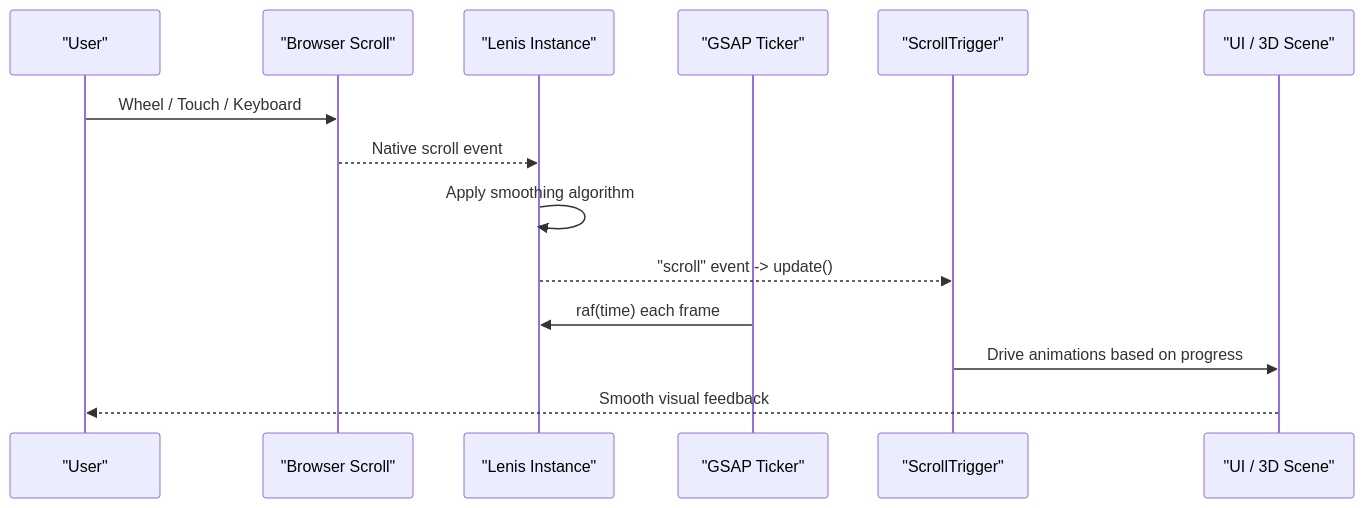
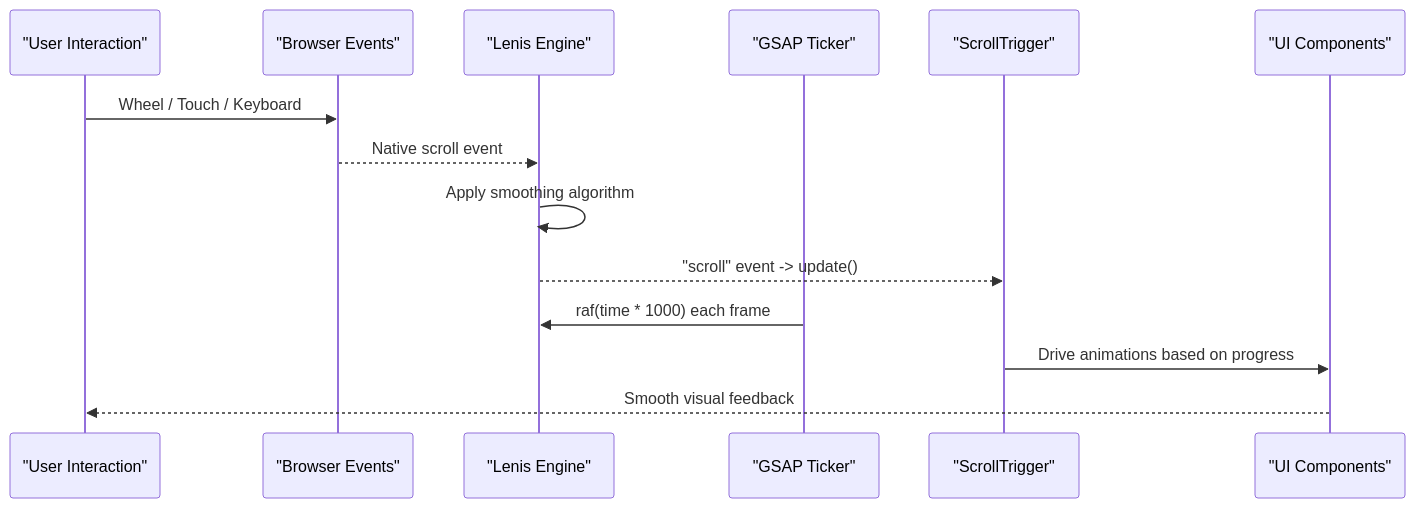
Before and after one commit to emaanfatima312005-wq/emaan-portfolio: the second of 6 diagrams in .qoder/repowiki/en/content/Core Components/SmoothScroll Implementation.md, drawn with Mermaid. The commit also changed other lines of this file and 59 other files, not shown here.

````diff
--- a/.qoder/repowiki/en/content/Core Components/SmoothScroll Implementation.md
+++ b/.qoder/repowiki/en/content/Core Components/SmoothScroll Implementation.md
@@ -77,16 +91,16 @@
 ```mermaid
 sequenceDiagram
-participant User as "User"
-participant Browser as "Browser Scroll"
-participant Lenis as "Lenis Instance"
+participant User as "User Interaction"
+participant Browser as "Browser Events"
+participant Lenis as "Lenis Engine"
 participant GSAP as "GSAP Ticker"
 participant ST as "ScrollTrigger"
-participant UI as "UI / 3D Scene"
+participant UI as "UI Components"
 User->>Browser : Wheel / Touch / Keyboard
 Browser-->>Lenis : Native scroll event
 Lenis->>Lenis : Apply smoothing algorithm
 Lenis-->>ST : "scroll" event -> update()
-GSAP->>Lenis : raf(time) each frame
+GSAP->>Lenis : raf(time * 1000) each frame
 ST->>UI : Drive animations based on progress
 UI-->>User : Smooth visual feedback
 ```
````
